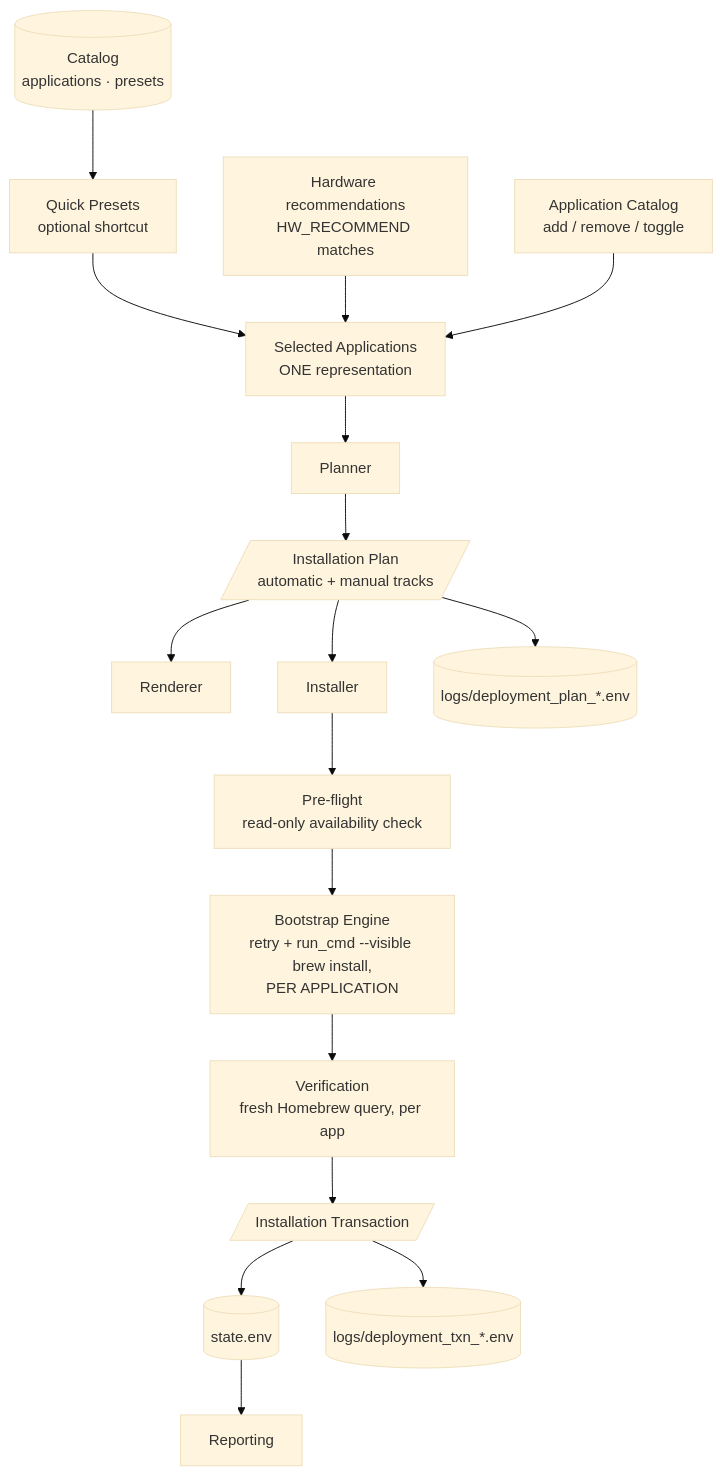
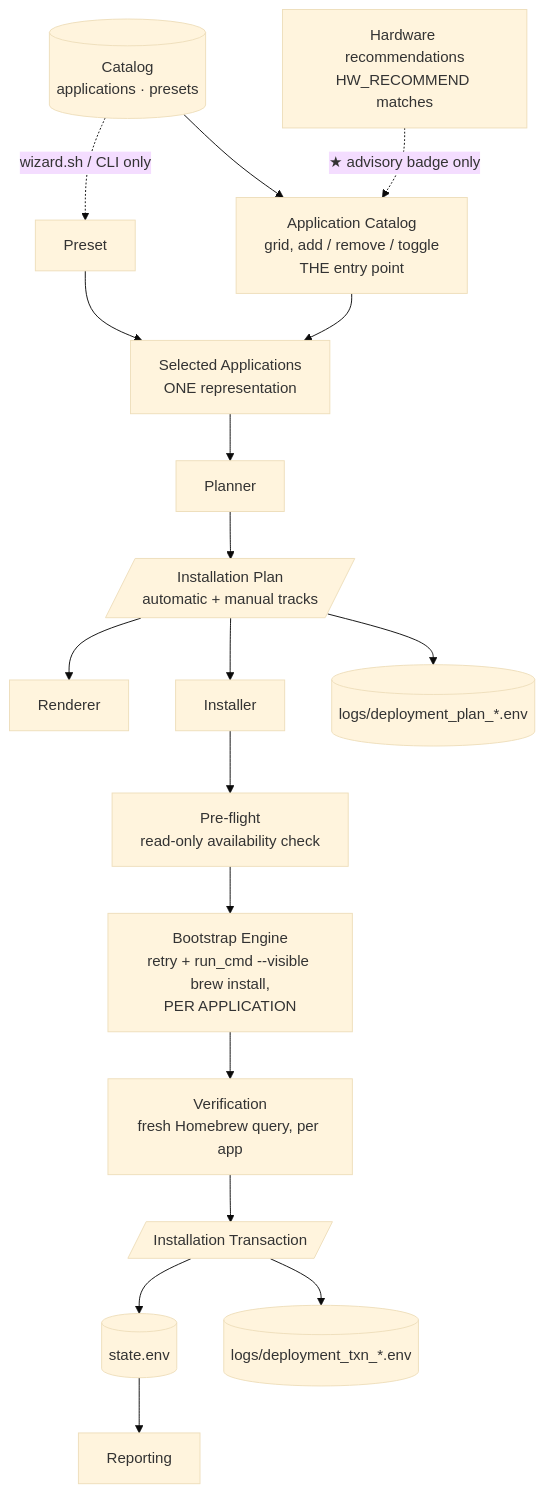
The diagram in docs/Deployment-Architecture.md (JorgeSucre/jb-ToolKit), drawn with Mermaid (base theme) before and after one commit. The commit also changed other lines of this file and 214 other files, not shown here.

````diff
--- a/docs/Deployment-Architecture.md
+++ b/docs/Deployment-Architecture.md
@@ -13,19 +13,20 @@
 ```mermaid
 flowchart TD
-    CAT[(Catalog<br/>applications · presets)] --> PICK[Quick Presets<br/>optional shortcut]
+    CAT[(Catalog<br/>applications · presets)] --> BROWSE[Application Catalog<br/>grid, add / remove / toggle<br/>THE entry point]
+    CAT -. "wizard.sh / CLI only" .-> PICK[Preset]
     PICK --> SEL[Selected Applications<br/>ONE representation]
-    HW[Hardware recommendations<br/>HW_RECOMMEND matches] --> SEL
-    BROWSE[Application Catalog<br/>add / remove / toggle] --> SEL
+    HW[Hardware recommendations<br/>HW_RECOMMEND matches] -. "★ advisory badge only" .-> BROWSE
+    BROWSE --> SEL
     SEL --> PLN[Planner]
     PLN --> PLAN[/Installation Plan<br/>automatic + manual tracks/]
     PLAN --> REN[Renderer]
     PLAN --> INS[Installer]
     INS --> PRE[Pre-flight<br/>read-only availability check]
     PRE --> ENG[Bootstrap Engine<br/>retry + run_cmd --visible brew install,<br/>PER APPLICATION]
     ENG --> VER[Verification<br/>fresh Homebrew query, per app]
     VER --> TXN[/Installation Transaction/]
     TXN --> STATE[(state.env)]
     TXN --> TXNFILE[(logs/deployment_txn_*.env)]
     PLAN --> PLANFILE[(logs/deployment_plan_*.env)]
     STATE --> REP[Reporting]
 ```
````
